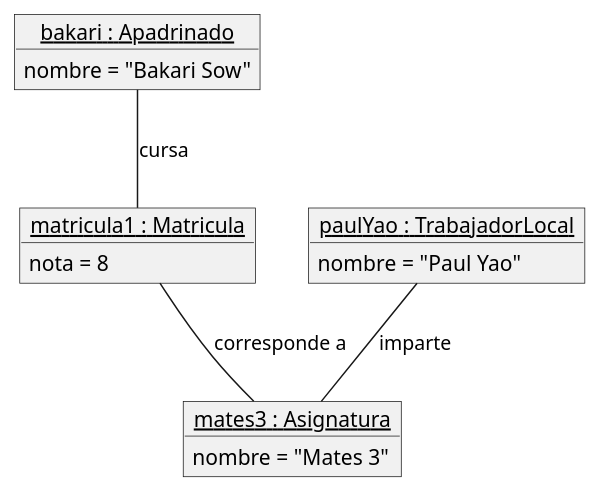
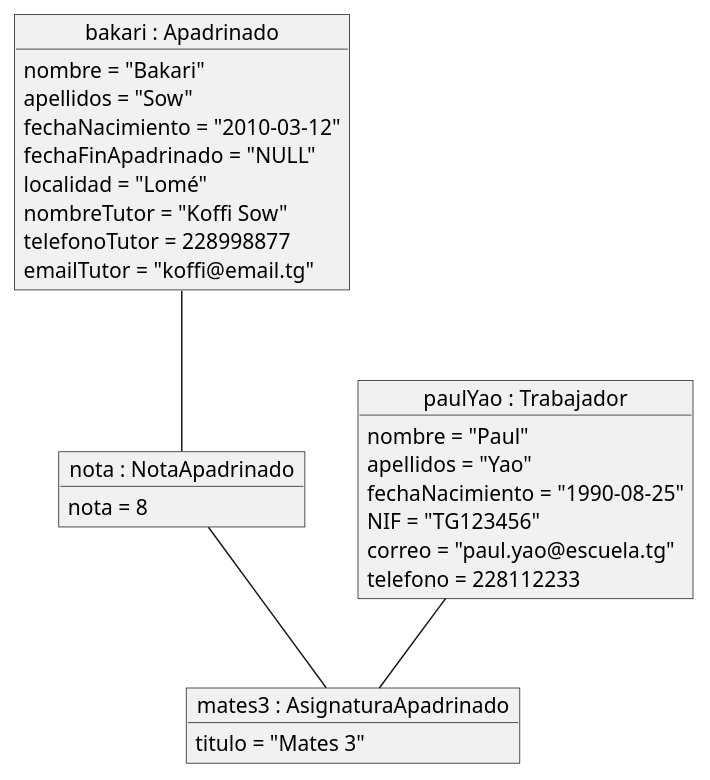
Before and after one commit to albporfer1-64/Grupo_Proyecto_DB: the diagram in escenarios/escenario2.puml, drawn with PlantUML.

Commit message:
Completar clases de escenario2.puml

```diff
--- a/escenarios/escenario2.puml
+++ b/escenarios/escenario2.puml
@@ -1,21 +1,30 @@
-@startuml escenario2
-object "<u>bakari : Apadrinado</u>" as bakari {
-  nombre = "Bakari Sow"
+@startuml
+object "bakari : Apadrinado" as bakari {
+  nombre = "Bakari"
+  apellidos = "Sow"
+  fechaNacimiento = "2010-03-12"
+  fechaFinApadrinado = "NULL"
+  localidad = "Lomé"
+  nombreTutor = "Koffi Sow"
+  telefonoTutor = 228998877
+  emailTutor = "koffi@email.tg"
 }
-
-object "<u>paulYao : TrabajadorLocal</u>" as paulYao {
-  nombre = "Paul Yao"
+object "paulYao : Trabajador" as paulYao {
+  nombre = "Paul"
+  apellidos = "Yao"
+  fechaNacimiento = "1990-08-25"
+  NIF = "TG123456"
+  correo = "paul.yao@escuela.tg"
+  telefono = 228112233
 }
-
-object "<u>mates3 : Asignatura</u>" as mates3 {
-  nombre = "Mates 3"
+object "mates3 : AsignaturaApadrinado" as mates3 {
+  titulo = "Mates 3"
 }
-
-object "<u>matricula1 : Matricula</u>" as matricula1 {
+object "nota : NotaApadrinado" as nota {
   nota = 8
 }
 
-paulYao -- mates3 : imparte
-bakari -- matricula1 : cursa
-matricula1 -- mates3 : corresponde a
+paulYao -- mates3 
+bakari -- nota
+nota -- mates3
 @enduml
```
